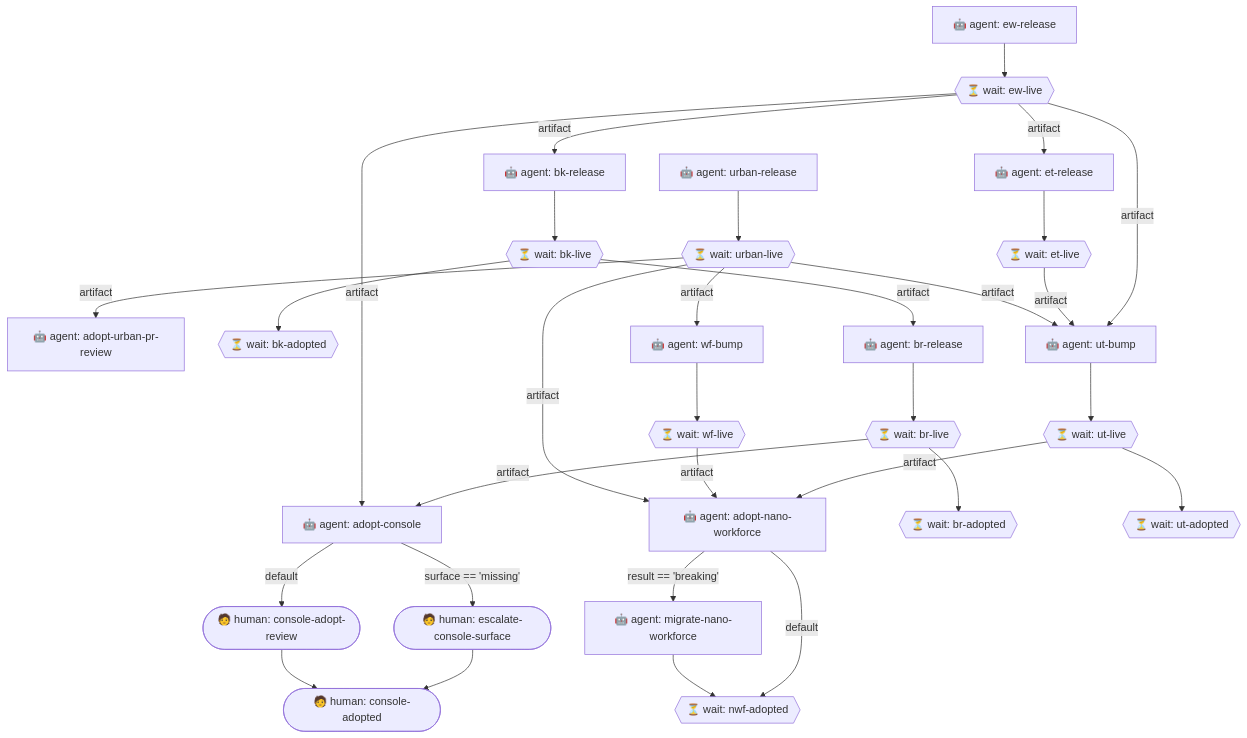
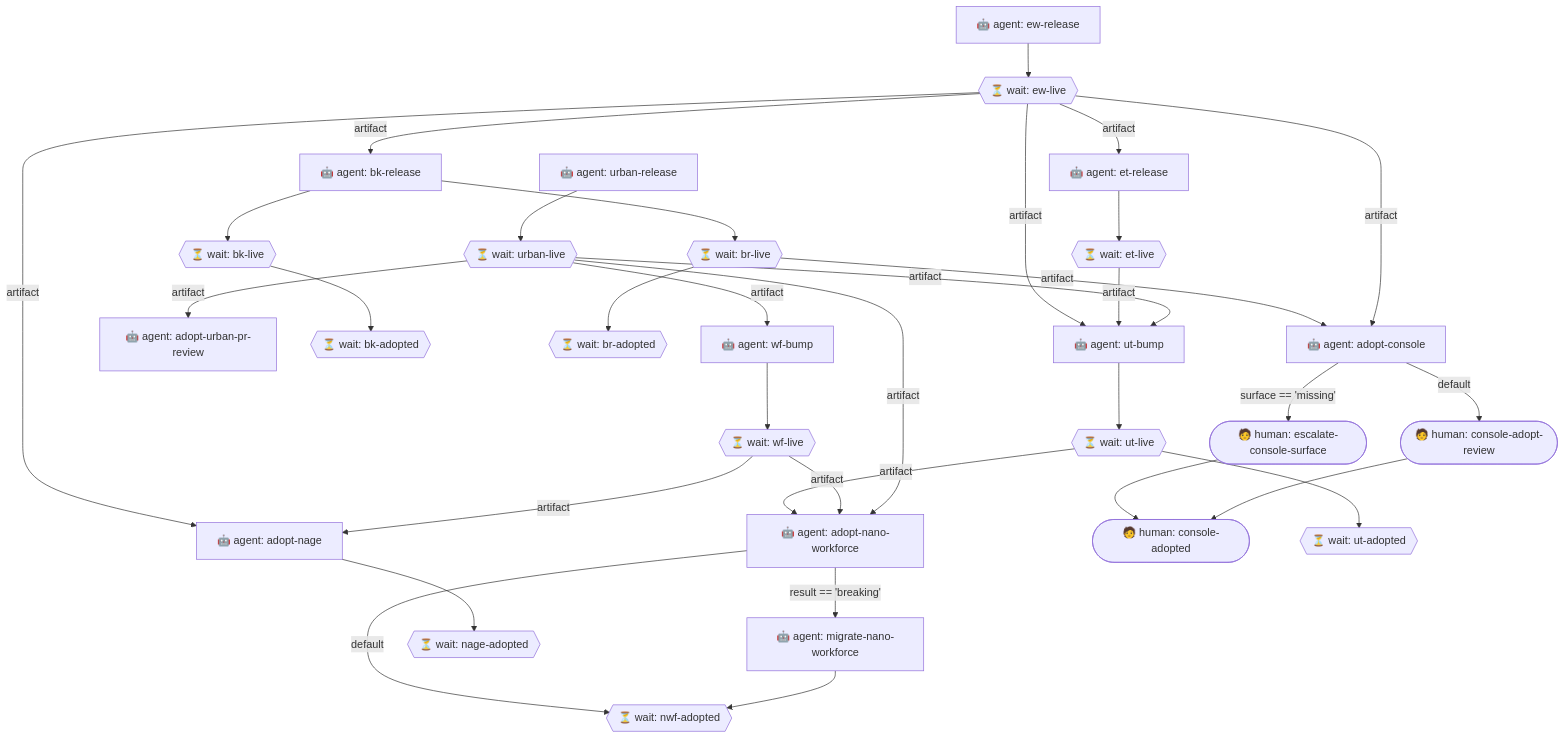
The diagram in docs/graph.mmd (nanobpm/wasm-engine-release-graph), drawn with Mermaid before and after one commit. The commit also changed 3 other files, not shown here.

First line of the commit message:
chore(graph): refresh for current release mechanics; add NAGE sink (#4)

```diff
--- a/docs/graph.mmd
+++ b/docs/graph.mmd
@@ -1,57 +1,60 @@
 flowchart TD
   %% nano ecosystem release delivery graph
   adopt-console["🤖 agent: adopt-console"]
+  adopt-nage["🤖 agent: adopt-nage"]
   adopt-nano-workforce["🤖 agent: adopt-nano-workforce"]
   adopt-urban-pr-review["🤖 agent: adopt-urban-pr-review"]
   bk-adopted{{"⏳ wait: bk-adopted"}}
   bk-live{{"⏳ wait: bk-live"}}
   bk-release["🤖 agent: bk-release"]
   br-adopted{{"⏳ wait: br-adopted"}}
   br-live{{"⏳ wait: br-live"}}
-  br-release["🤖 agent: br-release"]
   console-adopt-review(["🧑 human: console-adopt-review"])
   console-adopted(["🧑 human: console-adopted"])
   escalate-console-surface(["🧑 human: escalate-console-surface"])
   et-live{{"⏳ wait: et-live"}}
   et-release["🤖 agent: et-release"]
   ew-live{{"⏳ wait: ew-live"}}
   ew-release["🤖 agent: ew-release"]
   migrate-nano-workforce["🤖 agent: migrate-nano-workforce"]
+  nage-adopted{{"⏳ wait: nage-adopted"}}
   nwf-adopted{{"⏳ wait: nwf-adopted"}}
   urban-live{{"⏳ wait: urban-live"}}
   urban-release["🤖 agent: urban-release"]
   ut-adopted{{"⏳ wait: ut-adopted"}}
   ut-bump["🤖 agent: ut-bump"]
   ut-live{{"⏳ wait: ut-live"}}
   wf-bump["🤖 agent: wf-bump"]
   wf-live{{"⏳ wait: wf-live"}}
   ew-release --> ew-live
   ew-live -- "artifact" --> et-release
   et-release --> et-live
   ew-live -- "artifact" --> bk-release
   bk-release --> bk-live
-  bk-live -- "artifact" --> br-release
-  br-release --> br-live
   urban-release --> urban-live
   urban-live -- "artifact" --> wf-bump
   wf-bump --> wf-live
   ew-live -- "artifact" --> ut-bump
   et-live -- "artifact" --> ut-bump
   urban-live -- "artifact" --> ut-bump
   ut-bump --> ut-live
   br-live -- "artifact" --> adopt-console
   ew-live -- "artifact" --> adopt-console
   adopt-console -- "surface == 'missing'" --> escalate-console-surface
   adopt-console -- "default" --> console-adopt-review
   escalate-console-surface --> console-adopted
   console-adopt-review --> console-adopted
   ut-live -- "artifact" --> adopt-nano-workforce
   wf-live -- "artifact" --> adopt-nano-workforce
   urban-live -- "artifact" --> adopt-nano-workforce
   bk-live --> bk-adopted
   br-live --> br-adopted
   ut-live --> ut-adopted
   adopt-nano-workforce -- "result == 'breaking'" --> migrate-nano-workforce
   adopt-nano-workforce -- "default" --> nwf-adopted
   migrate-nano-workforce --> nwf-adopted
   urban-live -- "artifact" --> adopt-urban-pr-review
+  bk-release --> br-live
+  ew-live -- "artifact" --> adopt-nage
+  wf-live -- "artifact" --> adopt-nage
+  adopt-nage --> nage-adopted
```
